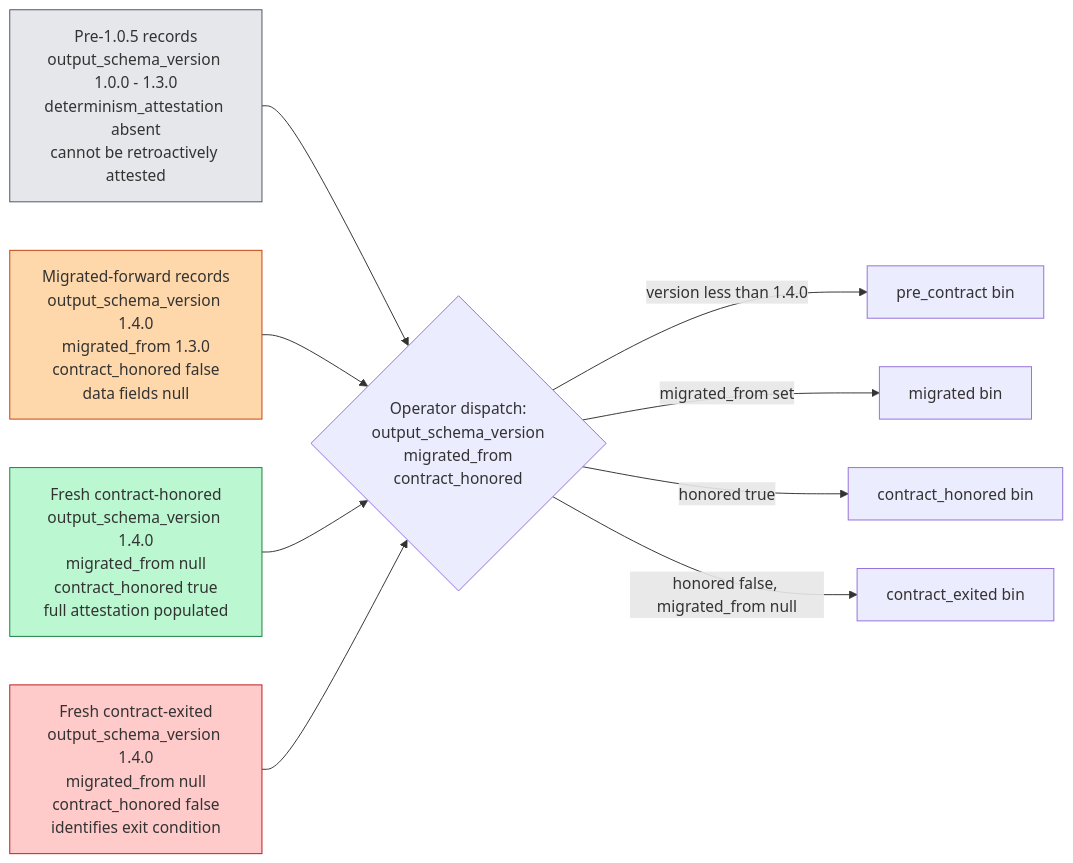
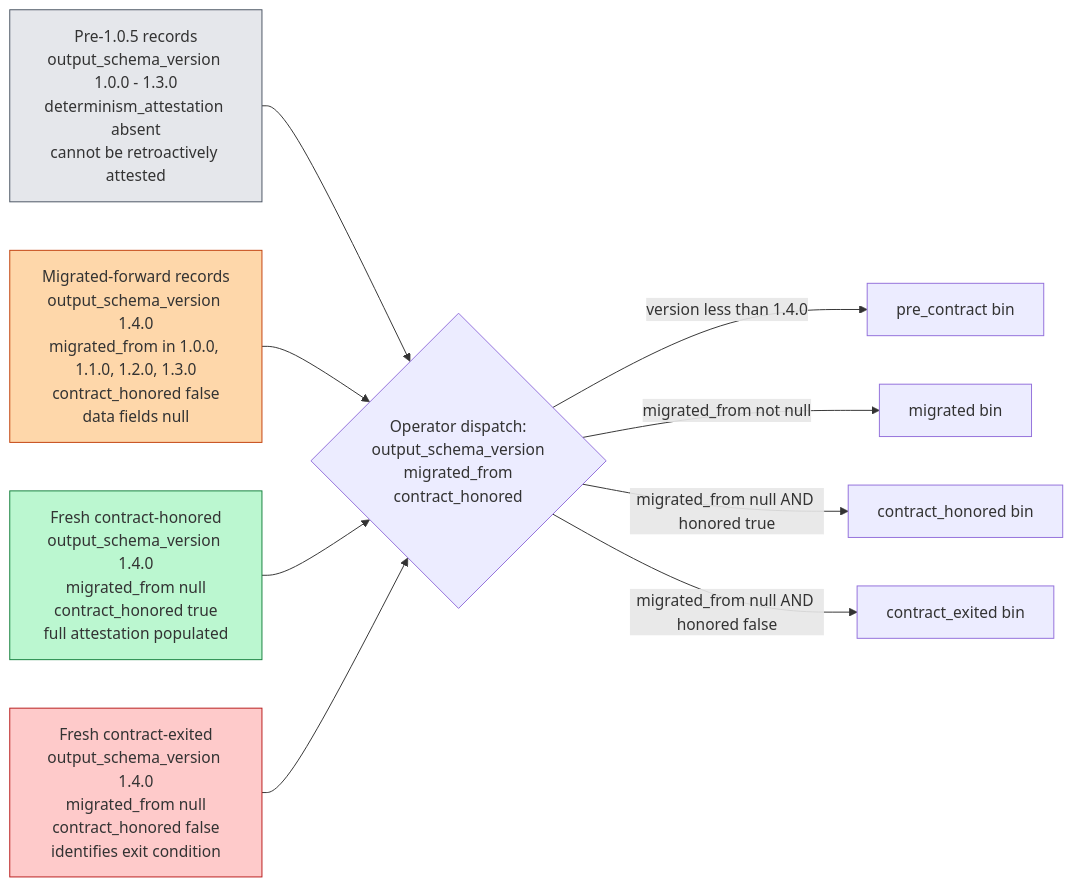
The third of 5 diagrams in docs/data-model.md (sitkastack/vendor-risk-triage), drawn with Mermaid before and after one commit. The commit also changed other lines of this file and 2 other files, not shown here.

First line of the commit message:
docs(diagrams): fix all 16 findings from 6-persona review

````diff
--- a/docs/data-model.md
+++ b/docs/data-model.md
@@ -182,27 +194,27 @@
 ```mermaid
 flowchart LR
     classDef pre fill:#e5e7eb,stroke:#4b5563
     classDef migrated fill:#fed7aa,stroke:#c2410c
     classDef fresh_honored fill:#bbf7d0,stroke:#15803d
     classDef fresh_exited fill:#fecaca,stroke:#b91c1c
 
     PRE[Pre-1.0.5 records<br/>output_schema_version 1.0.0 - 1.3.0<br/>determinism_attestation absent<br/>cannot be retroactively attested]:::pre
 
-    MIG[Migrated-forward records<br/>output_schema_version 1.4.0<br/>migrated_from 1.3.0<br/>contract_honored false<br/>data fields null]:::migrated
+    MIG[Migrated-forward records<br/>output_schema_version 1.4.0<br/>migrated_from in 1.0.0, 1.1.0, 1.2.0, 1.3.0<br/>contract_honored false<br/>data fields null]:::migrated
 
     FRESH_OK[Fresh contract-honored<br/>output_schema_version 1.4.0<br/>migrated_from null<br/>contract_honored true<br/>full attestation populated]:::fresh_honored
 
     FRESH_OUT[Fresh contract-exited<br/>output_schema_version 1.4.0<br/>migrated_from null<br/>contract_honored false<br/>identifies exit condition]:::fresh_exited
 
     OP{Operator dispatch:<br/>output_schema_version<br/>migrated_from<br/>contract_honored}
 
     PRE --> OP
     MIG --> OP
     FRESH_OK --> OP
     FRESH_OUT --> OP
 
     OP -->|"version less than 1.4.0"| BIN1[pre_contract bin]
-    OP -->|"migrated_from set"| BIN2[migrated bin]
-    OP -->|"honored true"| BIN3[contract_honored bin]
-    OP -->|"honored false, migrated_from null"| BIN4[contract_exited bin]
+    OP -->|"migrated_from not null"| BIN2[migrated bin]
+    OP -->|"migrated_from null AND honored true"| BIN3[contract_honored bin]
+    OP -->|"migrated_from null AND honored false"| BIN4[contract_exited bin]
 ```
````
